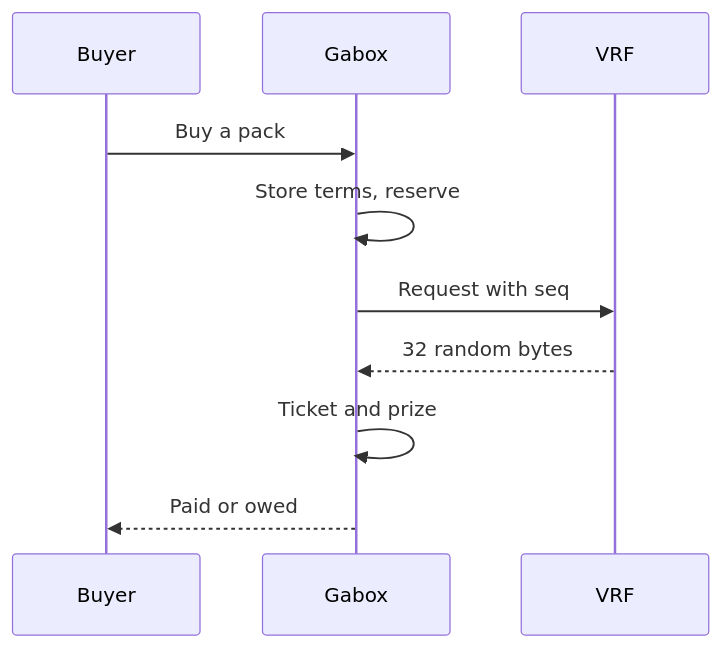
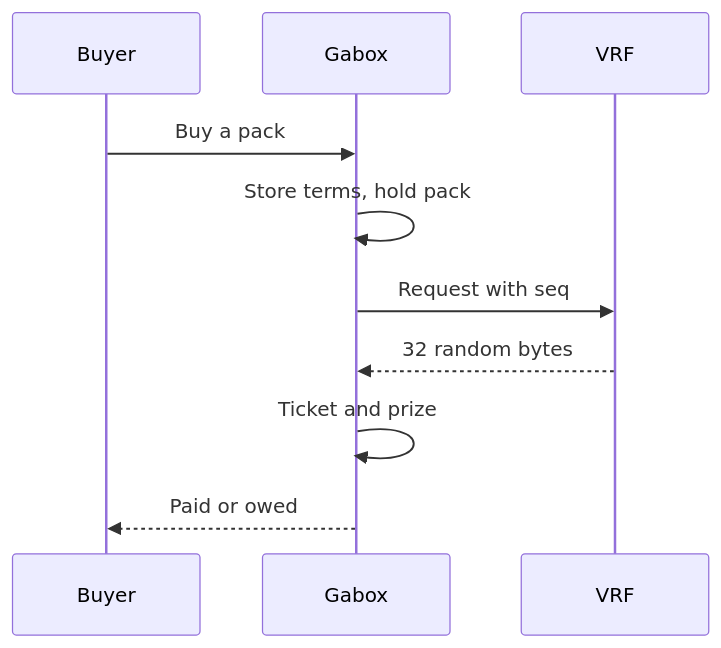
One commit to gabox-labs/docs changed the diagram in provable-fairness.mdx. Above: the diagram before and after it, drawn with Mermaid. The commit also changed other lines of this file and 8 other files, not shown here.

````diff
--- a/provable-fairness.mdx
+++ b/provable-fairness.mdx
@@ -9,12 +9,12 @@
 ```mermaid
 sequenceDiagram
  participant B as Buyer
  participant G as Gabox
  participant V as VRF
  B->>G: Buy a pack
- G->>G: Store terms, reserve
+ G->>G: Store terms, hold pack
  G->>V: Request with seq
  V-->>G: 32 random bytes
  G->>G: Ticket and prize
  G-->>B: Paid or owed
 ```
````
